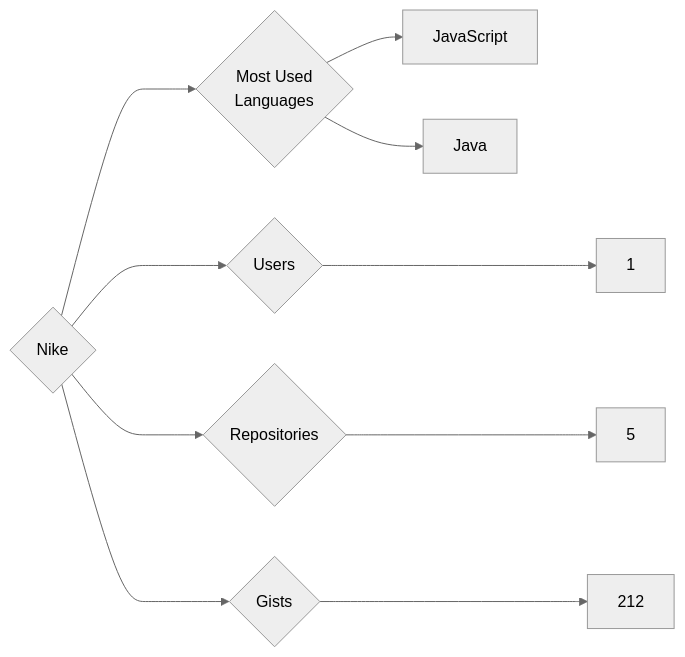
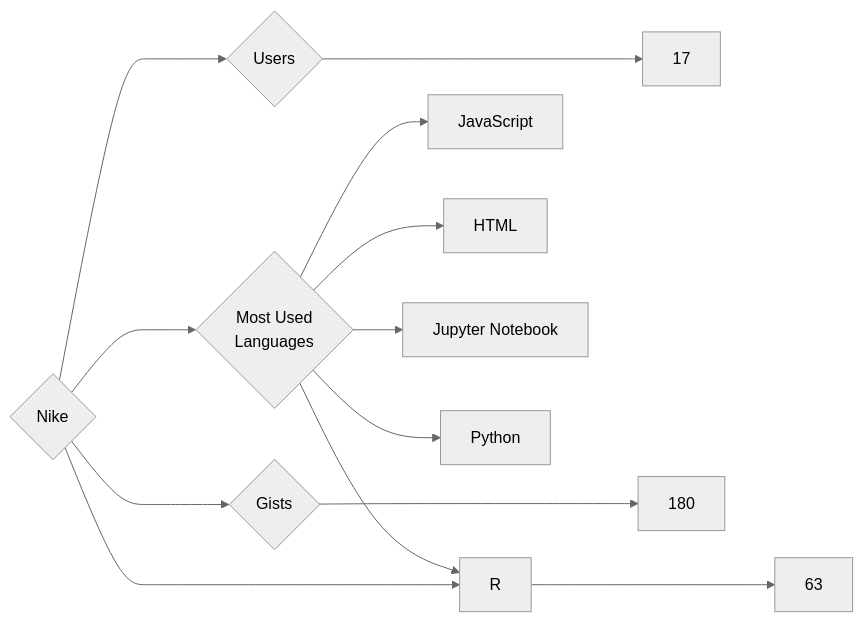
Before and after one commit to trickest/insiders: the diagram in targets/Nike/README.md, drawn with Mermaid (neutral theme). The commit also changed 1011 other files, not shown here.

````diff
--- a/targets/Nike/README.md
+++ b/targets/Nike/README.md
@@ -3,10 +3,13 @@
 ```mermaid
 graph LR
 COMPANY_NAME{Nike}
-COMPANY_NAME ---> U{Users} ---> UN[1]
-COMPANY_NAME ---> R{Repositories} ---> RN[5]
-COMPANY_NAME ---> G{Gists} ---> GN[212]
+COMPANY_NAME ---> U{Users} ---> UN[17]
+COMPANY_NAME ---> R{Repositories} ---> RN[63]
+COMPANY_NAME ---> G{Gists} ---> GN[180]
 COMPANY_NAME ---> ML{Most Used<br>Languages}
 ML --> JavaScript[JavaScript]
-ML --> Java[Java]
+ML --> R[R]
+ML --> HTML[HTML]
+ML --> Jupyter_Notebook[Jupyter Notebook]
+ML --> Python[Python]
 ```
````
